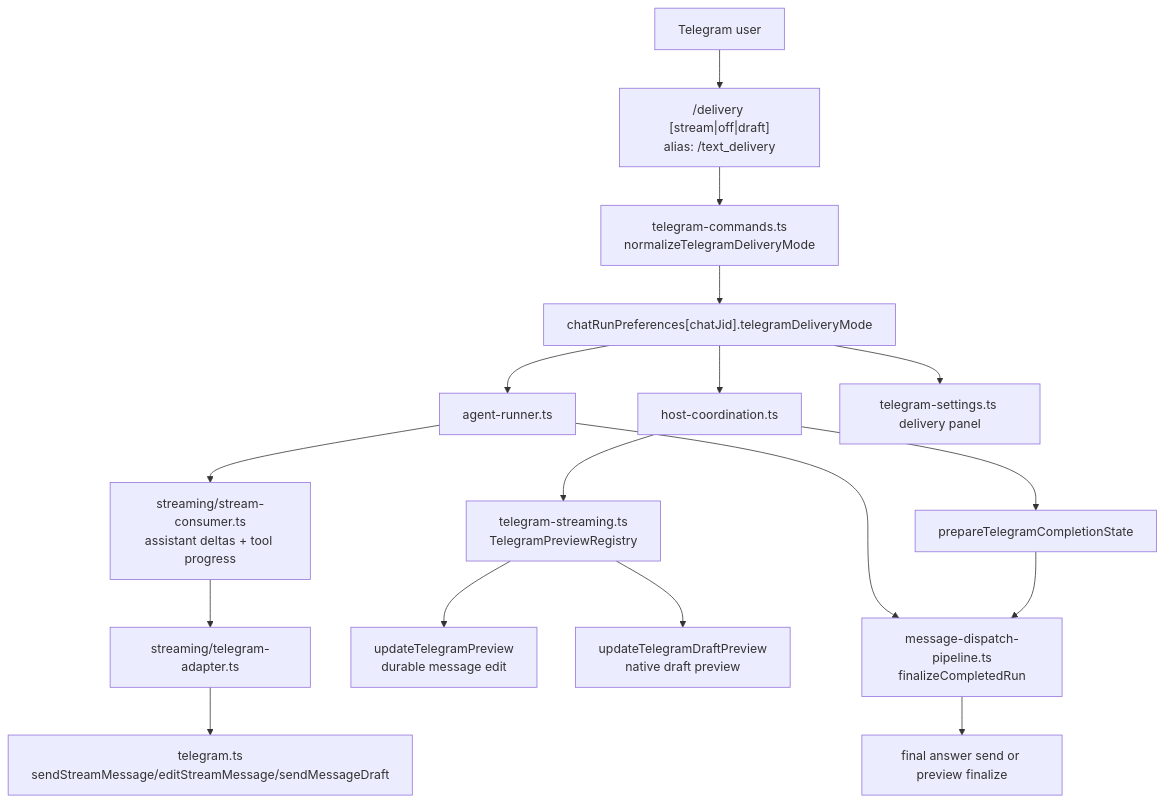
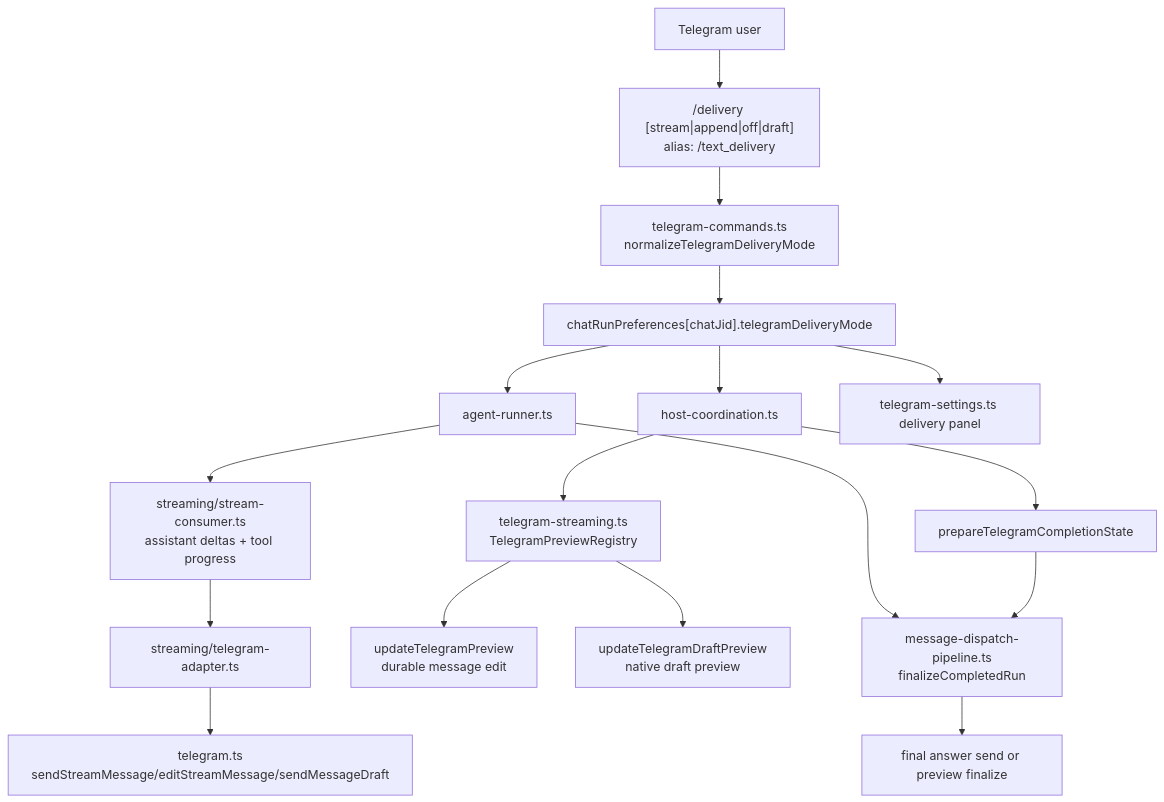
The diagram in docs-site/developer/05-telegram.md (0-CYBERDYNE-SYSTEMS-0/FFT_nano), drawn with Mermaid before and after one commit. The commit also changed other lines of this file and 14 other files, not shown here.

First line of the commit message:
fix(telegram): durable append delivery mode + restore actionful preview streaming

````diff
--- a/docs-site/developer/05-telegram.md
+++ b/docs-site/developer/05-telegram.md
@@ -83,24 +85,24 @@
 ```mermaid
 flowchart TB
-  User["Telegram user"] --> Cmd["/delivery [stream|off|draft]<br/>alias: /text_delivery"]
+  User["Telegram user"] --> Cmd["/delivery [stream|append|off|draft]<br/>alias: /text_delivery"]
 
   Cmd --> Parser["telegram-commands.ts<br/>normalizeTelegramDeliveryMode"]
   Parser --> Prefs["chatRunPreferences[chatJid].telegramDeliveryMode"]
 
   Prefs --> AgentRunner["agent-runner.ts"]
   Prefs --> HostCoord["host-coordination.ts"]
   Prefs --> Settings["telegram-settings.ts delivery panel"]
 
   AgentRunner --> StreamConsumer["streaming/stream-consumer.ts<br/>assistant deltas + tool progress"]
   StreamConsumer --> TgAdapter["streaming/telegram-adapter.ts"]
   TgAdapter --> BotApi["telegram.ts<br/>sendStreamMessage/editStreamMessage/sendMessageDraft"]
 
   HostCoord --> Registry["telegram-streaming.ts<br/>TelegramPreviewRegistry"]
   Registry --> Preview["updateTelegramPreview<br/>durable message edit"]
   Registry --> Draft["updateTelegramDraftPreview<br/>native draft preview"]
 
   AgentRunner --> Finalize["message-dispatch-pipeline.ts<br/>finalizeCompletedRun"]
   HostCoord --> Prep["prepareTelegramCompletionState"]
   Prep --> Finalize
   Finalize --> FinalMsg["final answer send or preview finalize"]
 ```
````
